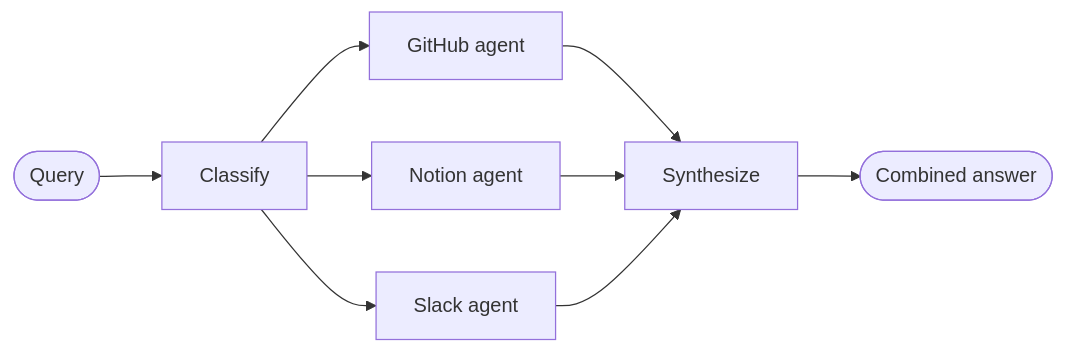
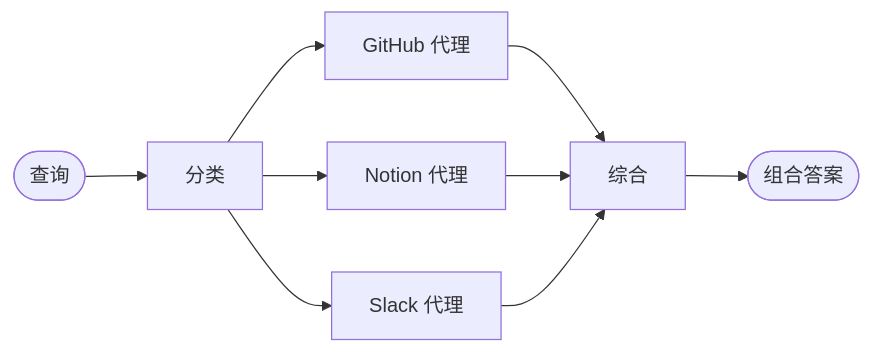
One commit to kunfan96/cndocs-langchain changed the diagram in oss/javascript/langchain/multi-agent/router-knowledge-base.mdx. Above: the diagram before and after it, drawn with Mermaid. The commit also changed other lines of this file and 288 other files, not shown here.

````diff
--- a/oss/javascript/langchain/multi-agent/router-knowledge-base.mdx
+++ b/oss/javascript/langchain/multi-agent/router-knowledge-base.mdx
@@ -21,11 +21,11 @@
 ```mermaid
 graph LR
-    A([Query]) --> B[Classify]
-    B --> C[GitHub agent]
-    B --> D[Notion agent]
-    B --> E[Slack agent]
-    C --> F[Synthesize]
+    A([查询]) --> B[分类]
+    B --> C[GitHub 代理]
+    B --> D[Notion 代理]
+    B --> E[Slack 代理]
+    C --> F[综合]
     D --> F
     E --> F
-    F --> G([Combined answer])
+    F --> G([组合答案])
 ```
````
